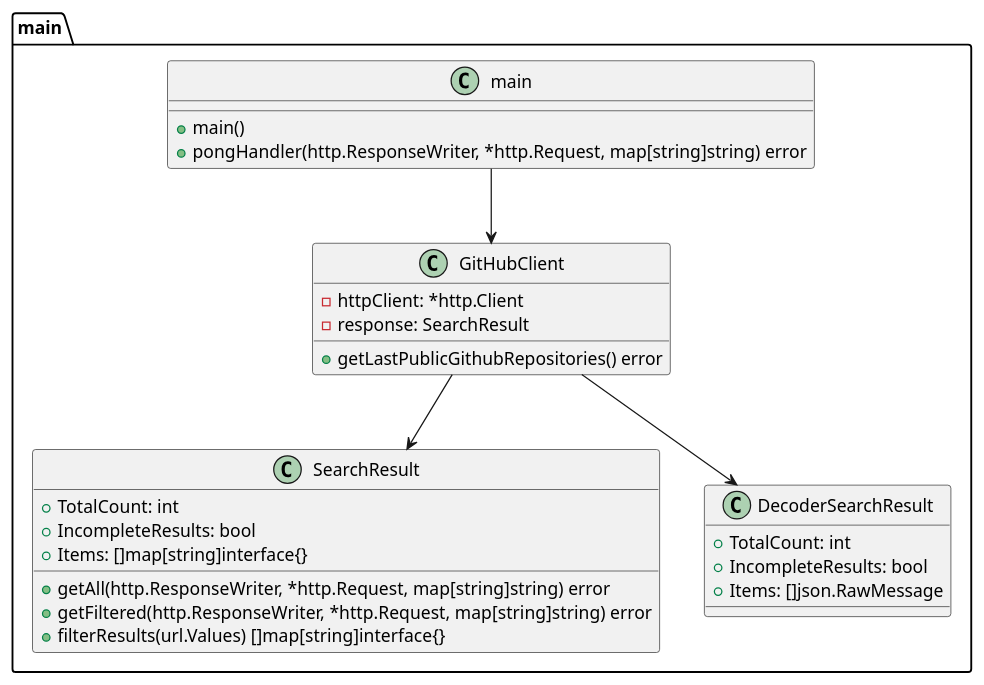
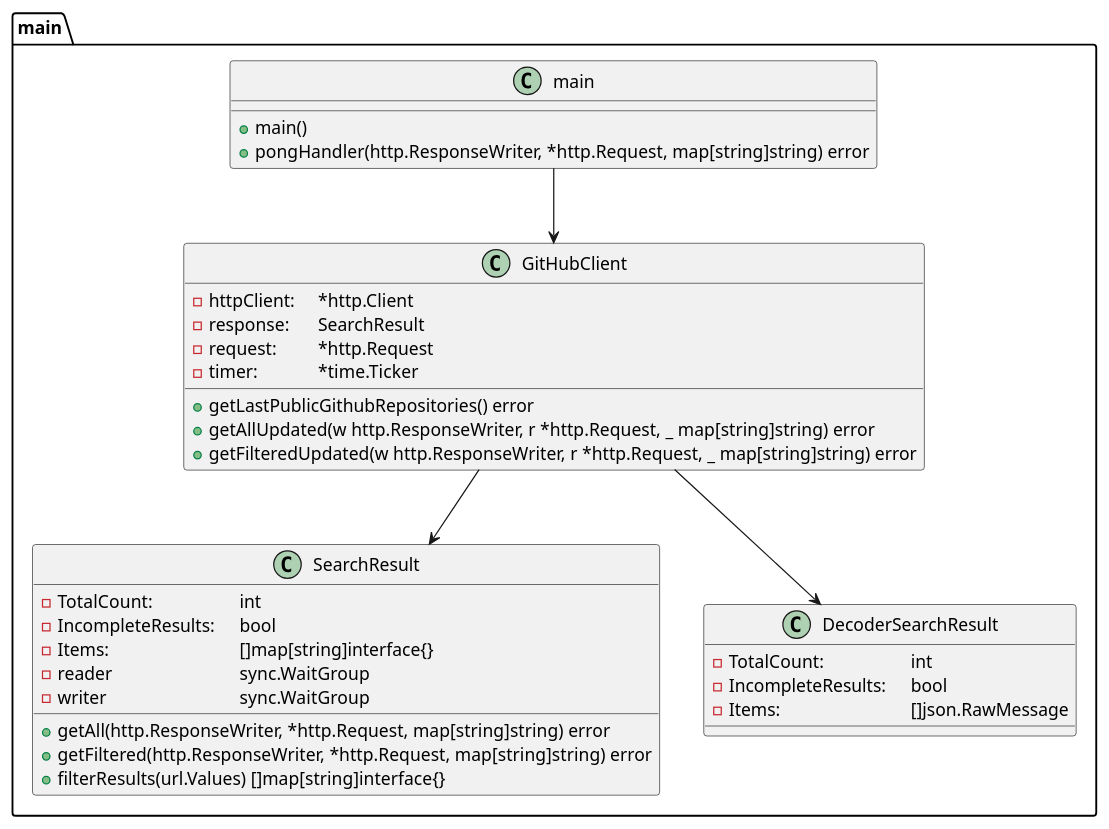
One commit to jeanyves-b/TestScalingo changed the diagram in architecture/classDiagram.puml. Above: the diagram before and after it, drawn with PlantUML. The commit also changed 2 other files, not shown here.

Commit message:
doc and architecture updates

```diff
--- a/architecture/classDiagram.puml
+++ b/architecture/classDiagram.puml
@@ -1,33 +1,41 @@
 @startuml
 package main {
     class GitHubClient {
-        - httpClient: *http.Client
-        - response: SearchResult
+        - httpClient: 	*http.Client
+        - response: 	SearchResult
+		- request:		*http.Request
+		- timer:		*time.Ticker
+
         + getLastPublicGithubRepositories() error
+		+ getAllUpdated(w http.ResponseWriter, r *http.Request, _ map[string]string) error
+		+ getFilteredUpdated(w http.ResponseWriter, r *http.Request, _ map[string]string) error
     }
 
     class SearchResult {
-        + TotalCount: int
-        + IncompleteResults: bool
-        + Items: []map[string]interface{}
+        - TotalCount: 			int
+        - IncompleteResults: 	bool
+        - Items: 				[]map[string]interface{}
+		- reader				sync.WaitGroup
+		- writer				sync.WaitGroup
+
         + getAll(http.ResponseWriter, *http.Request, map[string]string) error
         + getFiltered(http.ResponseWriter, *http.Request, map[string]string) error
         + filterResults(url.Values) []map[string]interface{}
     }
 
     class DecoderSearchResult {
-        + TotalCount: int
-        + IncompleteResults: bool
-        + Items: []json.RawMessage
+        - TotalCount: 			int
+        - IncompleteResults:	bool
+        - Items: 				[]json.RawMessage
     }
 
 	main --> GitHubClient
     GitHubClient --> SearchResult
     GitHubClient --> DecoderSearchResult
 
     class main {
         + main()
         + pongHandler(http.ResponseWriter, *http.Request, map[string]string) error
     }
 }
 @enduml
```
